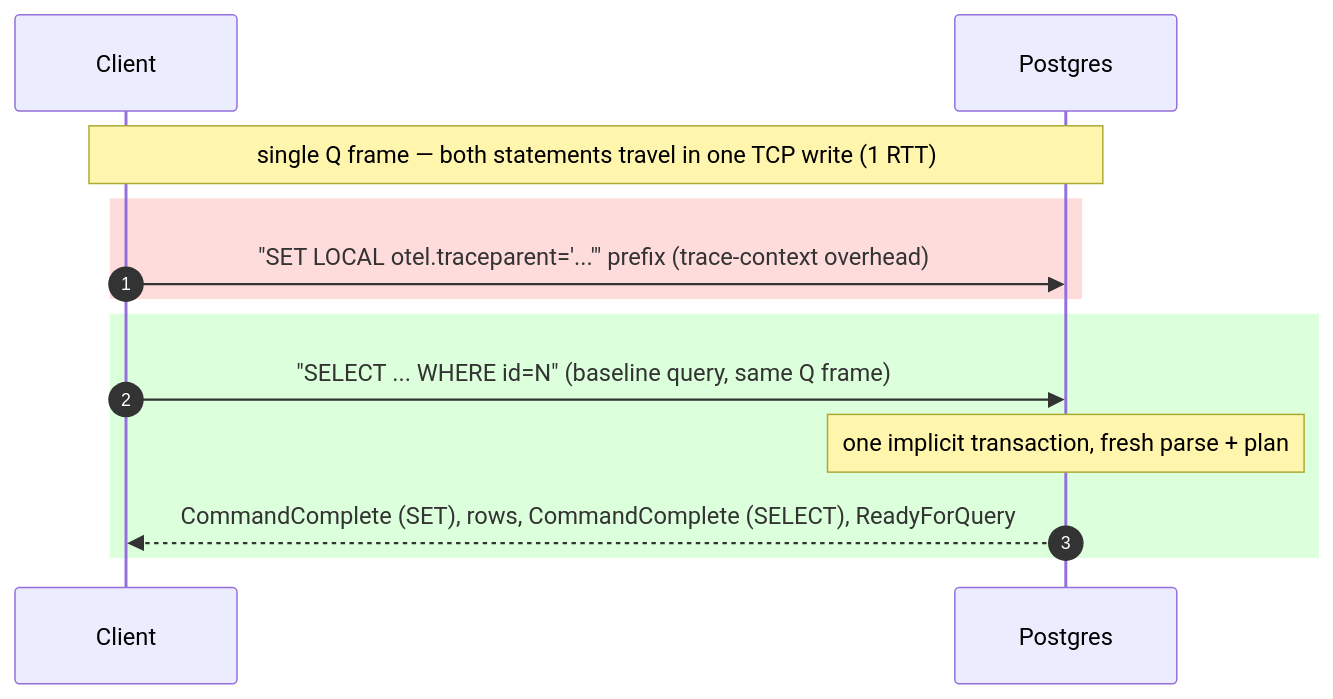
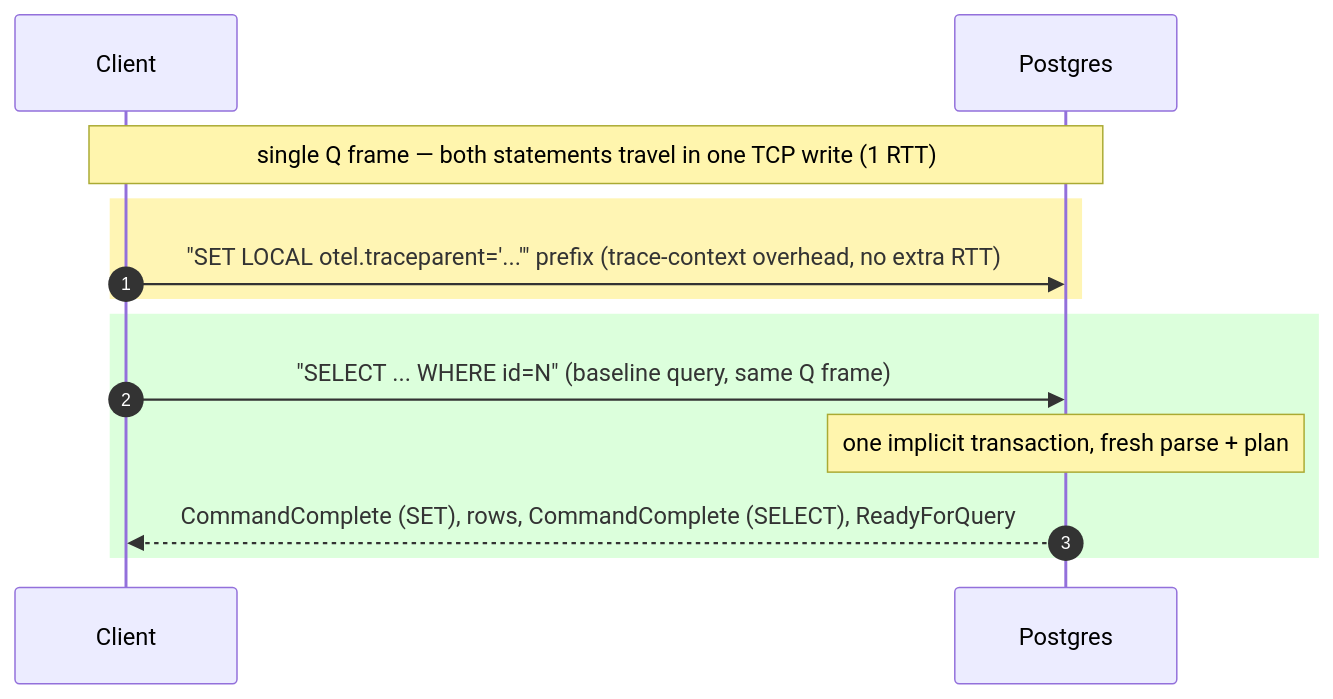
The third of 6 diagrams in README.md (ringerc/postgres_otel_tracing_bench), drawn with Mermaid before and after one commit. The commit also changed other lines of this file, not shown here.

First line of the commit message:
README: distinguish RTT-adding overhead (red) from in-RTT overhead (yellow)

````diff
--- a/README.md
+++ b/README.md
@@ -213,15 +223,15 @@
 ```mermaid
 sequenceDiagram
     autonumber
     participant C as Client
     participant S as Postgres
     Note over C,S: single Q frame — both statements travel in one TCP write (1 RTT)
-    rect rgb(255,220,220)
-    C->>S: "SET LOCAL otel.traceparent='...'" prefix (trace-context overhead)
+    rect rgb(255,245,180)
+    C->>S: "SET LOCAL otel.traceparent='...'" prefix (trace-context overhead, no extra RTT)
     end
     rect rgb(220,255,220)
     C->>S: "SELECT ... WHERE id=N" (baseline query, same Q frame)
     Note over S: one implicit transaction, fresh parse + plan
     S-->>C: CommandComplete (SET), rows, CommandComplete (SELECT), ReadyForQuery
     end
 ```
````
